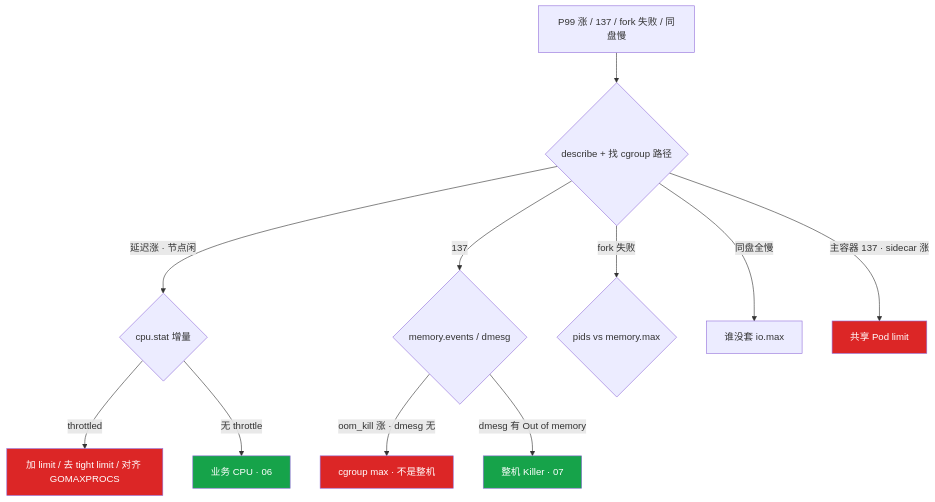
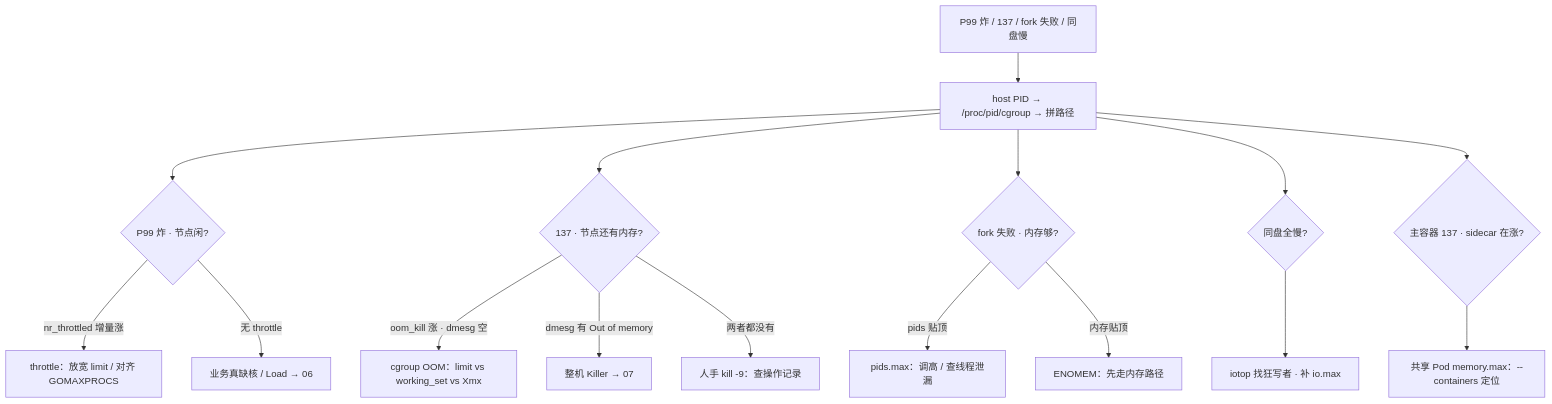
The fourth of 4 diagrams in 01-基础底座/10-cgroup与容器/知识点.md (ml-cuizijun/LearnToLilith), drawn with Mermaid before and after one commit. The commit also changed other lines of this file and 470 other files, not shown here.

````diff
--- a/01-基础底座/10-cgroup与容器/知识点.md
+++ b/01-基础底座/10-cgroup与容器/知识点.md
@@ -963,18 +416,18 @@
 ```mermaid
 flowchart TB
-    A[P99 涨 / 137 / fork 失败 / 同盘慢] --> B{describe + 找 cgroup 路径}
-    B -->|延迟涨 · 节点闲| C{cpu.stat 增量}
-    C -->|throttled| D[加 limit / 去 tight limit / 对齐 GOMAXPROCS]
-    C -->|无 throttle| E[业务 CPU · 06]
-    B -->|137| F{memory.events / dmesg}
-    F -->|oom_kill 涨 · dmesg 无| G[cgroup max · 不是整机]
-    F -->|dmesg 有 Out of memory| H[整机 Killer · 07]
-    B -->|fork 失败| I{pids vs memory.max}
-    B -->|同盘全慢| J[谁没套 io.max]
-    B -->|主容器 137 · sidecar 涨| K[共享 Pod limit]
-
-    classDef bad fill:#DC2626,color:#fff
-    classDef ok fill:#16A34A,color:#fff
-    class D,G,K bad
-    class E,H ok
+    A["P99 炸 / 137 / fork 失败 / 同盘慢"] --> P["host PID → /proc/pid/cgroup → 拼路径"]
+    P --> C{"P99 炸 · 节点闲?"}
+    C -->|nr_throttled 增量涨| D["throttle：放宽 limit / 对齐 GOMAXPROCS"]
+    C -->|无 throttle| E["业务真缺核 / Load → 06"]
+    P --> F{"137 · 节点还有内存?"}
+    F -->|oom_kill 涨 · dmesg 空| G["cgroup OOM：limit vs working_set vs Xmx"]
+    F -->|dmesg 有 Out of memory| H["整机 Killer → 07"]
+    F -->|两者都没有| I["人手 kill -9：查操作记录"]
+    P --> J{"fork 失败 · 内存够?"}
+    J -->|pids 贴顶| K["pids.max：调高 / 查线程泄漏"]
+    J -->|内存贴顶| L["ENOMEM：先走内存路径"]
+    P --> M{"同盘全慢?"}
+    M --> N["iotop 找狂写者 · 补 io.max"]
+    P --> O{"主容器 137 · sidecar 在涨?"}
+    O --> R["共享 Pod memory.max：--containers 定位"]
 ```
````
